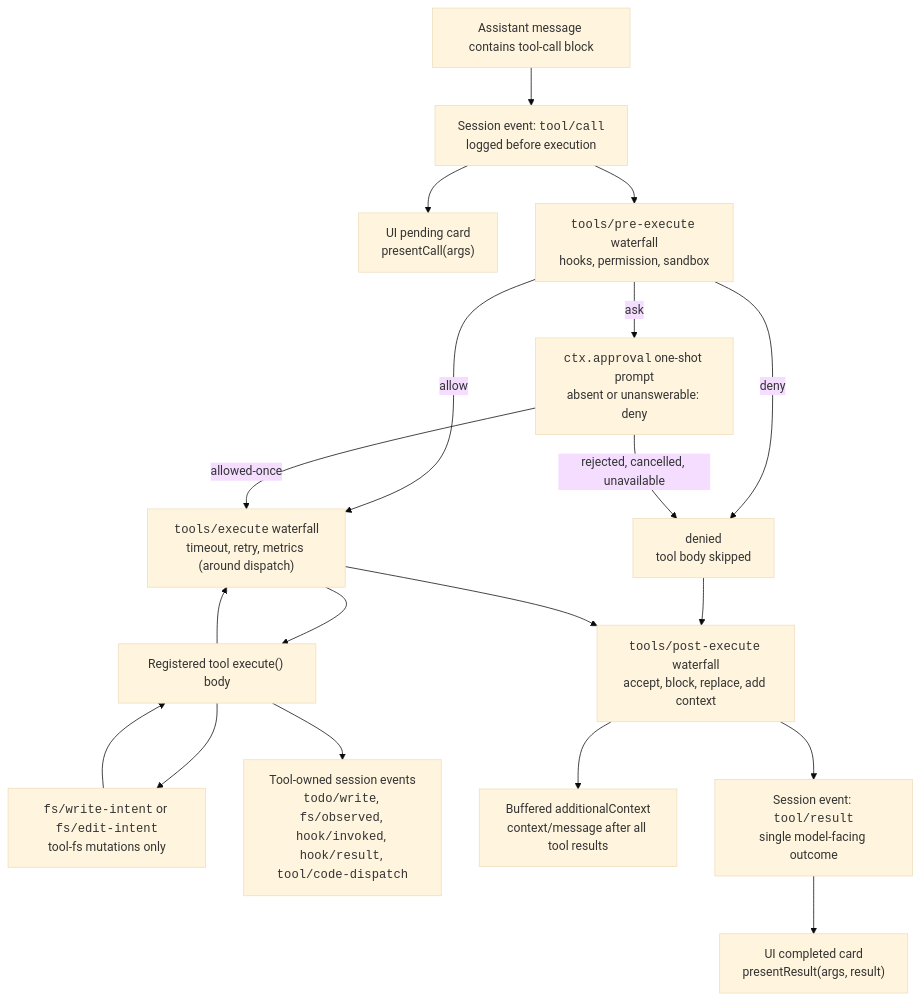
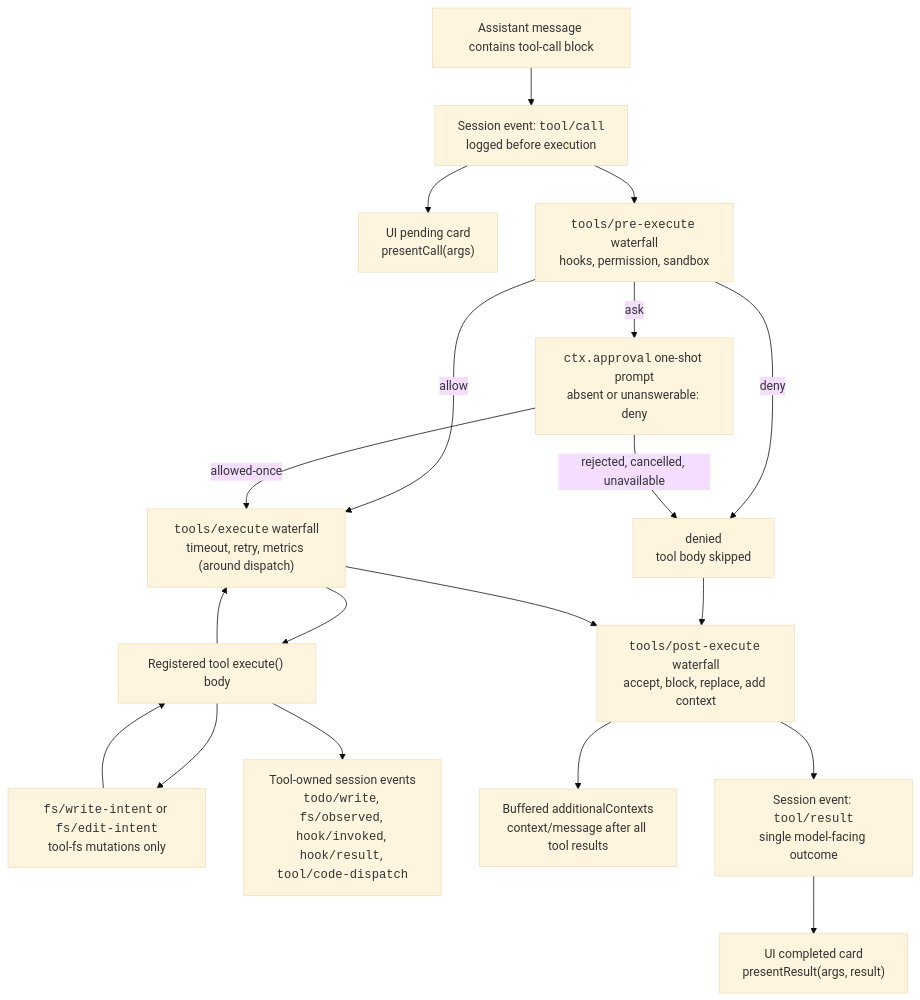
The diagram in docs/tool-execution-pipeline.md (007M7/DeepCode), drawn with Mermaid (base theme) before and after one commit. The commit also changed 50 other files, not shown here.

````diff
--- a/docs/tool-execution-pipeline.md
+++ b/docs/tool-execution-pipeline.md
@@ -8,35 +8,35 @@
 ```mermaid
 flowchart TD
   model["Assistant message contains tool-call block"]
   toolCall["Session event: <code>tool/call</code><br/>logged before execution"]
   presentCall["UI pending card<br/>presentCall(args)"]
   pre["<code>tools/pre-execute</code> waterfall<br/>hooks, permission, sandbox"]
   denied["denied<br/>tool body skipped"]
   approval["<code>ctx.approval</code> one-shot prompt<br/>absent or unanswerable: deny"]
   around["<code>tools/execute</code> waterfall<br/>timeout, retry, metrics (around dispatch)"]
   toolBody["Registered tool execute() body"]
   fsGate["<code>fs/write-intent</code> or <code>fs/edit-intent</code><br/>tool-fs mutations only"]
   owned["Tool-owned session events<br/><code>todo/write</code>, <code>fs/observed</code>, <code>hook/invoked</code>, <code>hook/result</code>, <code>tool/code-dispatch</code>"]
   post["<code>tools/post-execute</code> waterfall<br/>accept, block, replace, add context"]
-  context["Buffered additionalContext<br/>context/message after all tool results"]
+  context["Buffered additionalContexts<br/>context/message after all tool results"]
   toolResult["Session event: <code>tool/result</code><br/>single model-facing outcome"]
   presentResult["UI completed card<br/>presentResult(args, result)"]
   model --> toolCall
   toolCall --> presentCall
   toolCall --> pre
   pre -->|allow| around
   around --> toolBody
   pre -->|deny| denied
   pre -->|ask| approval
   approval -->|allowed-once| around
   approval -->|rejected, cancelled, unavailable| denied
   denied --> post
   toolBody --> fsGate
   fsGate --> toolBody
   toolBody --> owned
   toolBody --> around
   around --> post
   post --> context
   post --> toolResult
   toolResult --> presentResult
 ```
````
